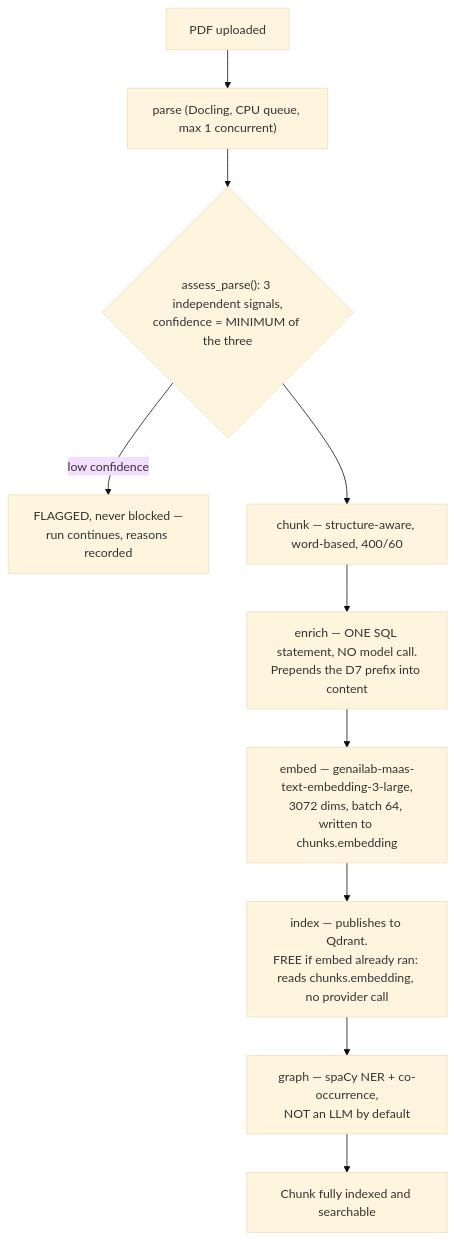
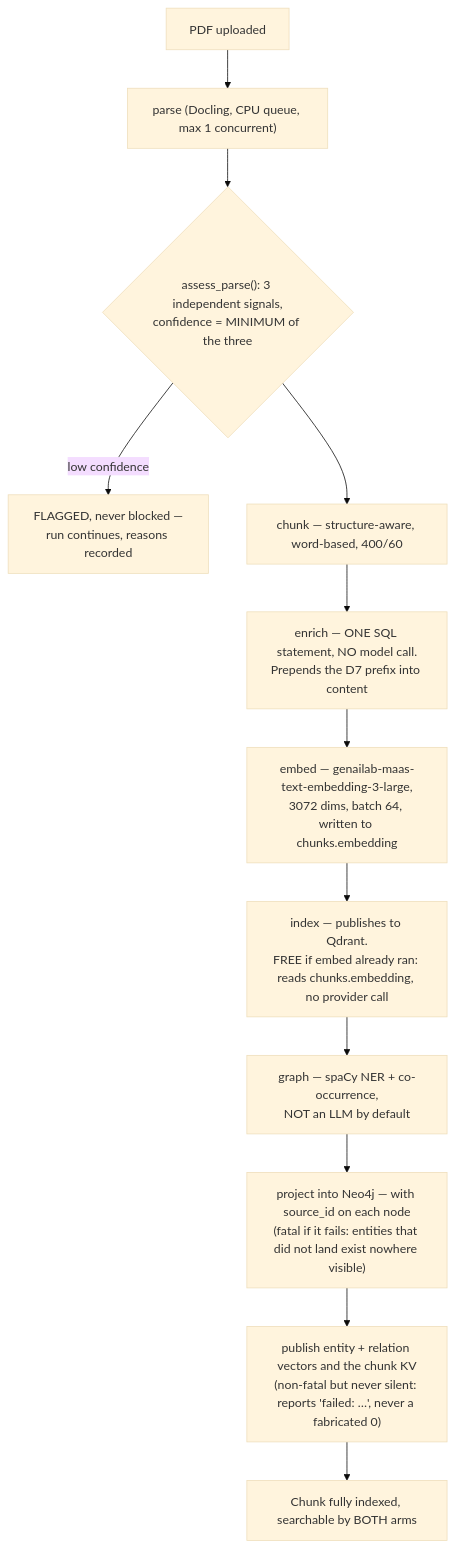
The diagram in docs/teaching/ingestion.md (yrevash/aegis), drawn with Mermaid (base theme) before and after one commit. The commit also changed other lines of this file and 52 other files, not shown here.

````diff
--- a/docs/teaching/ingestion.md
+++ b/docs/teaching/ingestion.md
@@ -25,12 +25,14 @@
 ```mermaid
 flowchart TD
     U[PDF uploaded] --> P["parse (Docling, CPU queue, max 1 concurrent)"]
     P --> Q{"assess_parse(): 3 independent signals,<br/>confidence = MINIMUM of the three"}
     Q -->|low confidence| FLAG["FLAGGED, never blocked —<br/>run continues, reasons recorded"]
     Q --> C[chunk — structure-aware, word-based, 400/60]
     C --> E["enrich — ONE SQL statement, NO model call.<br/>Prepends the D7 prefix into content"]
     E --> EM["embed — genailab-maas-text-embedding-3-large,<br/>3072 dims, batch 64, written to chunks.embedding"]
     EM --> I["index — publishes to Qdrant.<br/>FREE if embed already ran: reads chunks.embedding, no provider call"]
     I --> G["graph — spaCy NER + co-occurrence,<br/>NOT an LLM by default"]
-    G --> DONE[Chunk fully indexed and searchable]
+    G --> G1["project into Neo4j — with source_id on each node<br/>(fatal if it fails: entities that did not land exist nowhere visible)"]
+    G1 --> G2["publish entity + relation vectors and the chunk KV<br/>(non-fatal but never silent: reports 'failed: …', never a fabricated 0)"]
+    G2 --> DONE[Chunk fully indexed, searchable by BOTH arms]
 ```
````
